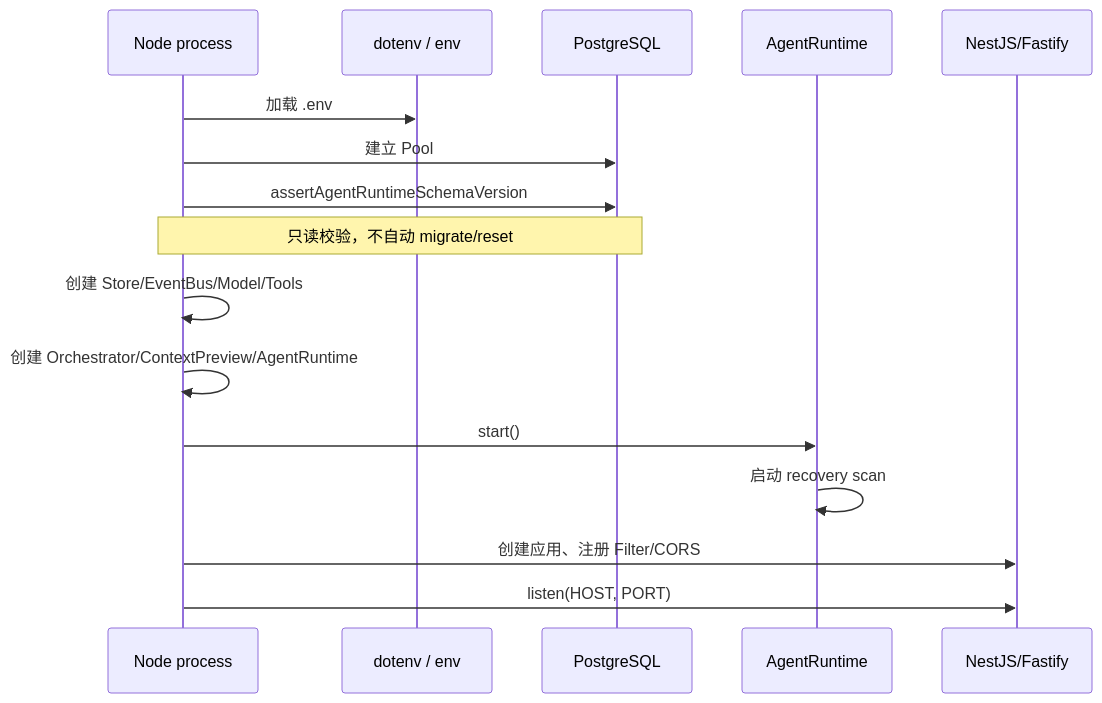
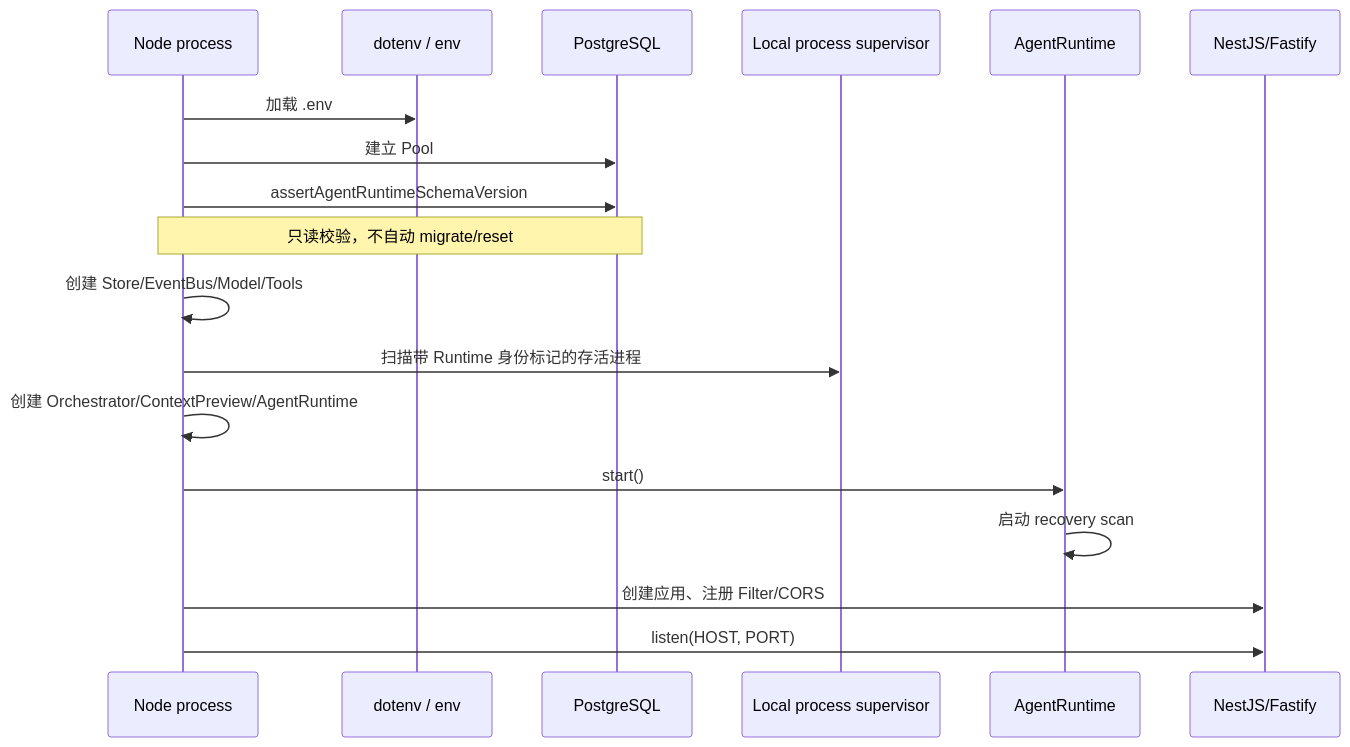
Before and after one commit to lucyonegit/agent-runtime-v2: the second of 13 diagrams in docs/00-current-runtime-full-chain.md, drawn with Mermaid. The commit also changed other lines of this file and 62 other files, not shown here.

First line of the commit message:
feat: update session view schema version and add managed processes support

```diff
--- a/docs/00-current-runtime-full-chain.md
+++ b/docs/00-current-runtime-full-chain.md
@@ -189,19 +188,21 @@
 ~~~mermaid
 sequenceDiagram
     participant P as Node process
     participant ENV as dotenv / env
     participant DB as PostgreSQL
+    participant PS as Local process supervisor
     participant RT as AgentRuntime
     participant HTTP as NestJS/Fastify
 
     P->>ENV: 加载 .env
     P->>DB: 建立 Pool
     P->>DB: assertAgentRuntimeSchemaVersion
     Note over P,DB: 只读校验，不自动 migrate/reset
     P->>P: 创建 Store/EventBus/Model/Tools
+    P->>PS: 扫描带 Runtime 身份标记的存活进程
     P->>P: 创建 Orchestrator/ContextPreview/AgentRuntime
     P->>RT: start()
     RT->>RT: 启动 recovery scan
     P->>HTTP: 创建应用、注册 Filter/CORS
     P->>HTTP: listen(HOST, PORT)
 ~~~
```
